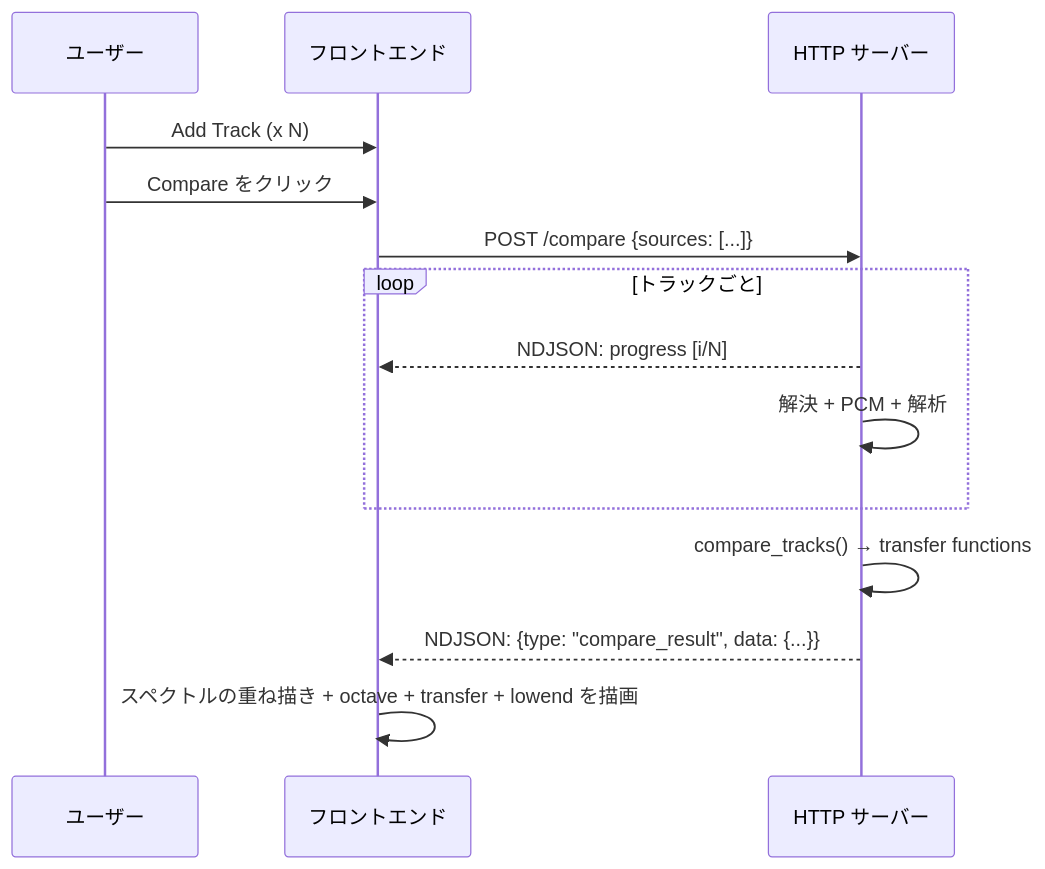
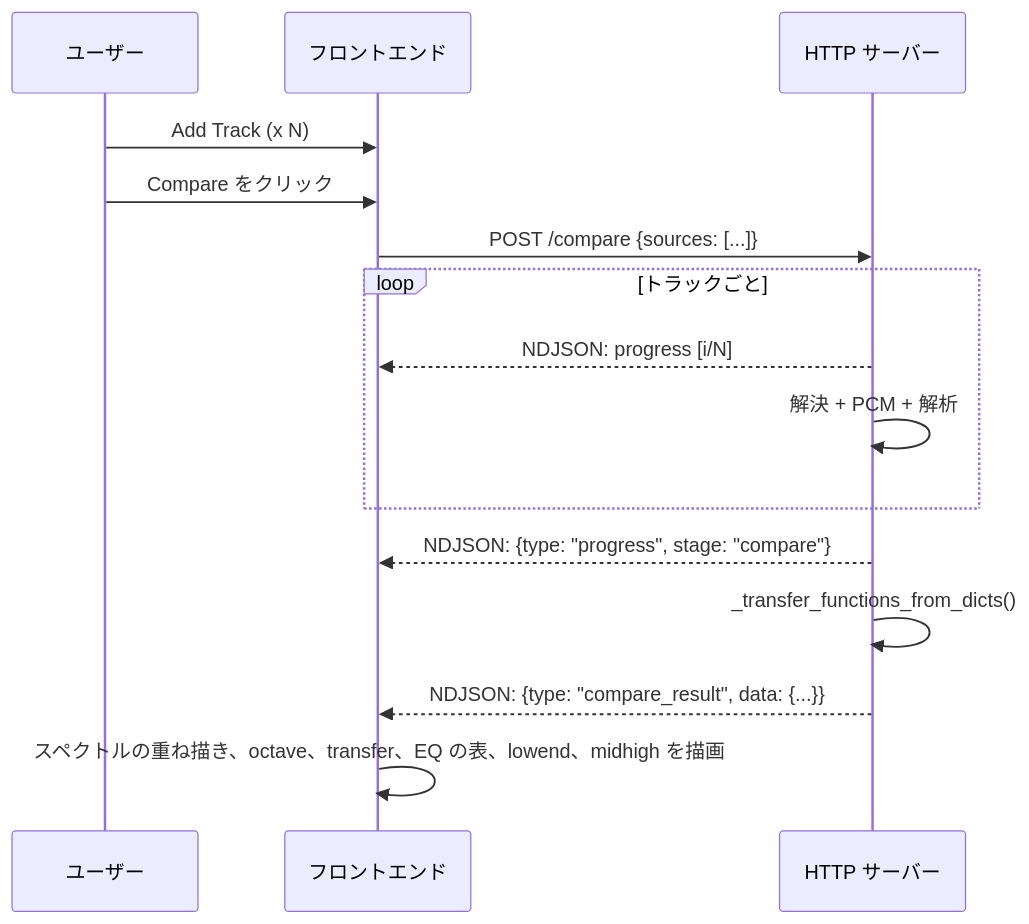
The seventh of 18 diagrams in docs/architecture.ja.md (semnil/analyze-spectrum), drawn with Mermaid before and after one commit. The commit also changed other lines of this file and 7 other files, not shown here.

````diff
--- a/docs/architecture.ja.md
+++ b/docs/architecture.ja.md
@@ -187,17 +200,18 @@
 ```mermaid
 sequenceDiagram
     participant U as ユーザー
     participant FE as フロントエンド
     participant SRV as HTTP サーバー
 
     U->>FE: Add Track (x N)
     U->>FE: Compare をクリック
     FE->>SRV: POST /compare {sources: [...]}
     loop トラックごと
         SRV-->>FE: NDJSON: progress [i/N]
         SRV->>SRV: 解決 + PCM + 解析
     end
-    SRV->>SRV: compare_tracks() → transfer functions
+    SRV-->>FE: NDJSON: {type: "progress", stage: "compare"}
+    SRV->>SRV: _transfer_functions_from_dicts()
     SRV-->>FE: NDJSON: {type: "compare_result", data: {...}}
-    FE->>FE: スペクトルの重ね描き + octave + transfer + lowend を描画
+    FE->>FE: スペクトルの重ね描き、octave、transfer、EQ の表、lowend、midhigh を描画
 ```
````
